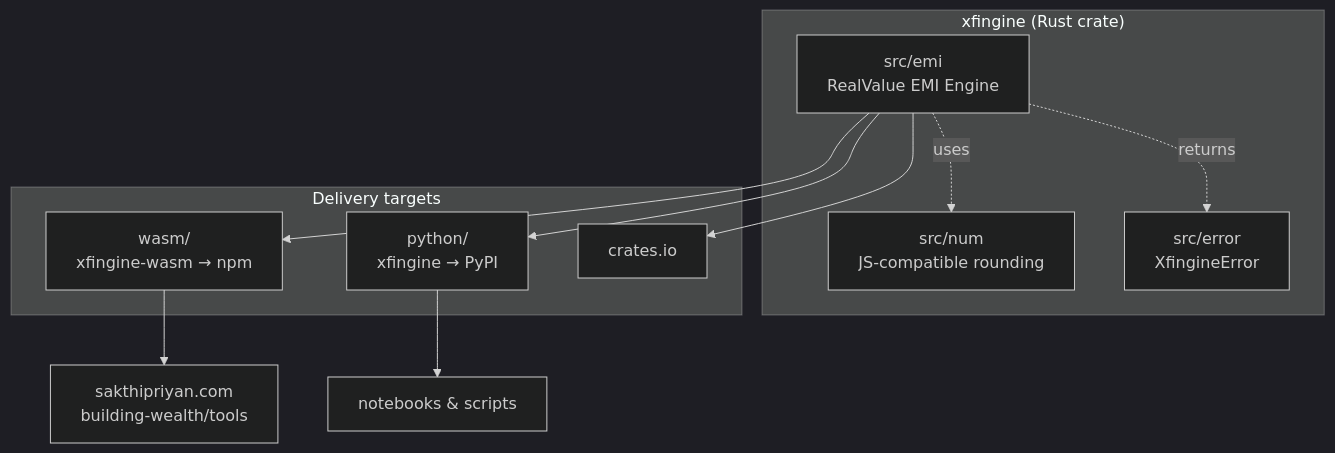
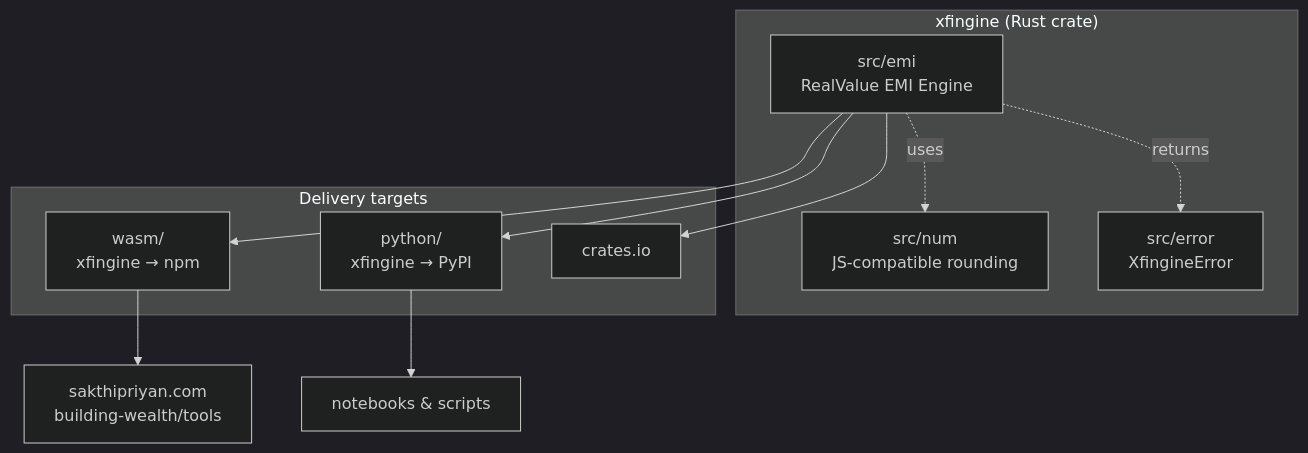
One commit to sakthipriyan/xfingine changed the diagram in README.md. Above: the diagram before and after it, drawn with Mermaid (dark theme). The commit also changed other lines of this file and 9 other files, not shown here.

````diff
--- a/README.md
+++ b/README.md
@@ -146,23 +146,23 @@
 ```mermaid
 graph TD
     subgraph Core ["xfingine (Rust crate)"]
         A["src/emi<br/>RealValue EMI Engine"]
         B["src/num<br/>JS-compatible rounding"]
         C["src/error<br/>XfingineError"]
         A -.->|uses| B
         A -.->|returns| C
     end
 
     subgraph Targets ["Delivery targets"]
-        D["wasm/<br/>xfingine-wasm → npm"]
+        D["wasm/<br/>xfingine → npm"]
         E["python/<br/>xfingine → PyPI"]
         F["crates.io"]
     end
 
     A --> D
     A --> E
     A --> F
 
     D --> G["sakthipriyan.com<br/>building-wealth/tools"]
     E --> H["notebooks & scripts"]
 ```
````
